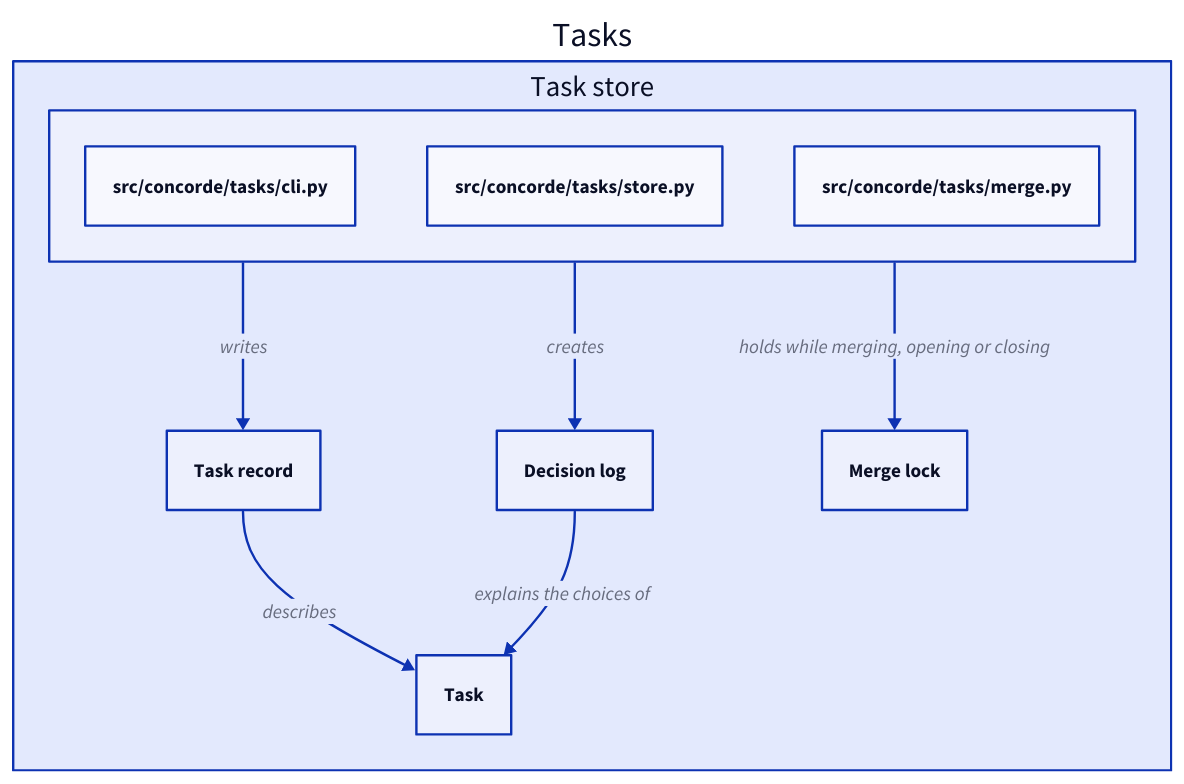
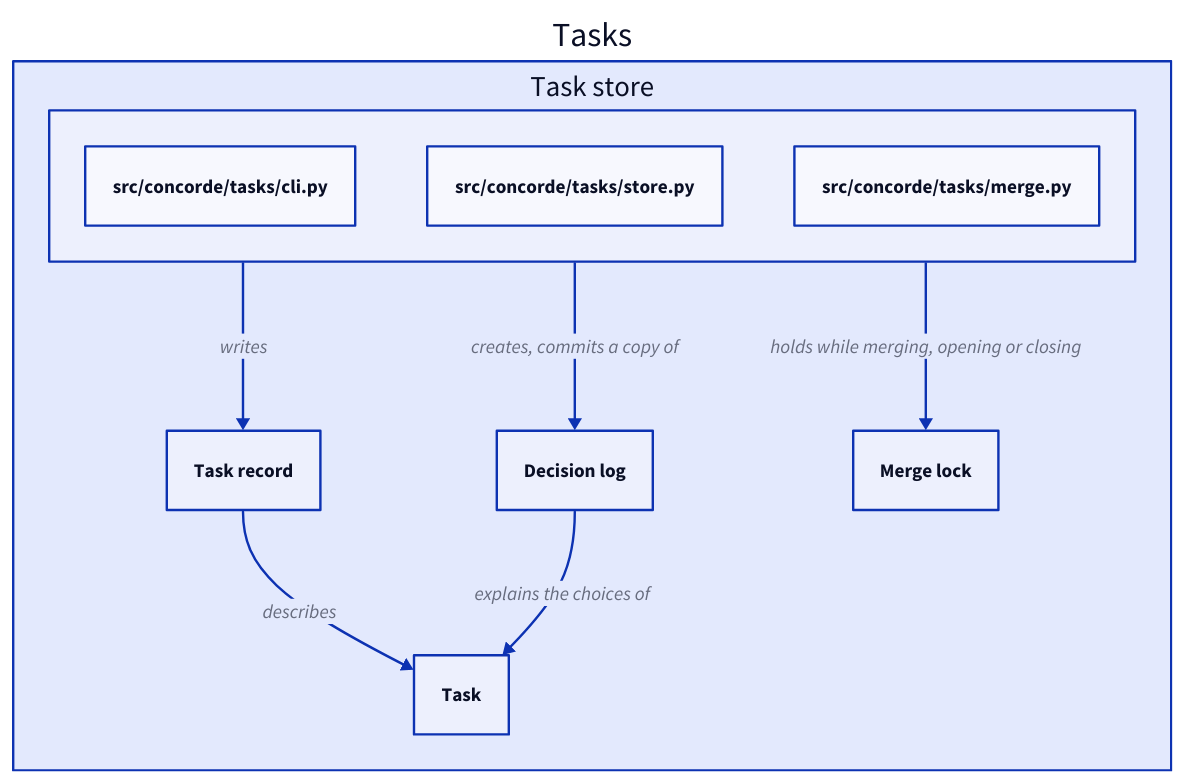
Before and after one commit to FTOD/concorde: the third of 4 diagrams in specs/concorde/coordination/tasks/module.md, drawn with D2. The commit also changed other lines of this file and 39 other files, not shown here.

````diff
--- a/specs/concorde/coordination/tasks/module.md
+++ b/specs/concorde/coordination/tasks/module.md
@@ -460,18 +505,18 @@
 ```d2
 tasks: Tasks {
   store: Task store {
     "src/concorde/tasks/cli.py"
     "src/concorde/tasks/store.py"
     "src/concorde/tasks/merge.py"
   }
   record: Task record
   log: Decision log
   task: Task
   lock: Merge lock
   store -> record: writes
-  store -> log: creates
+  store -> log: creates, commits a copy of
   store -> lock: holds while merging, opening or closing
   record -> task: describes
   log -> task: explains the choices of
 }
 ```
````
